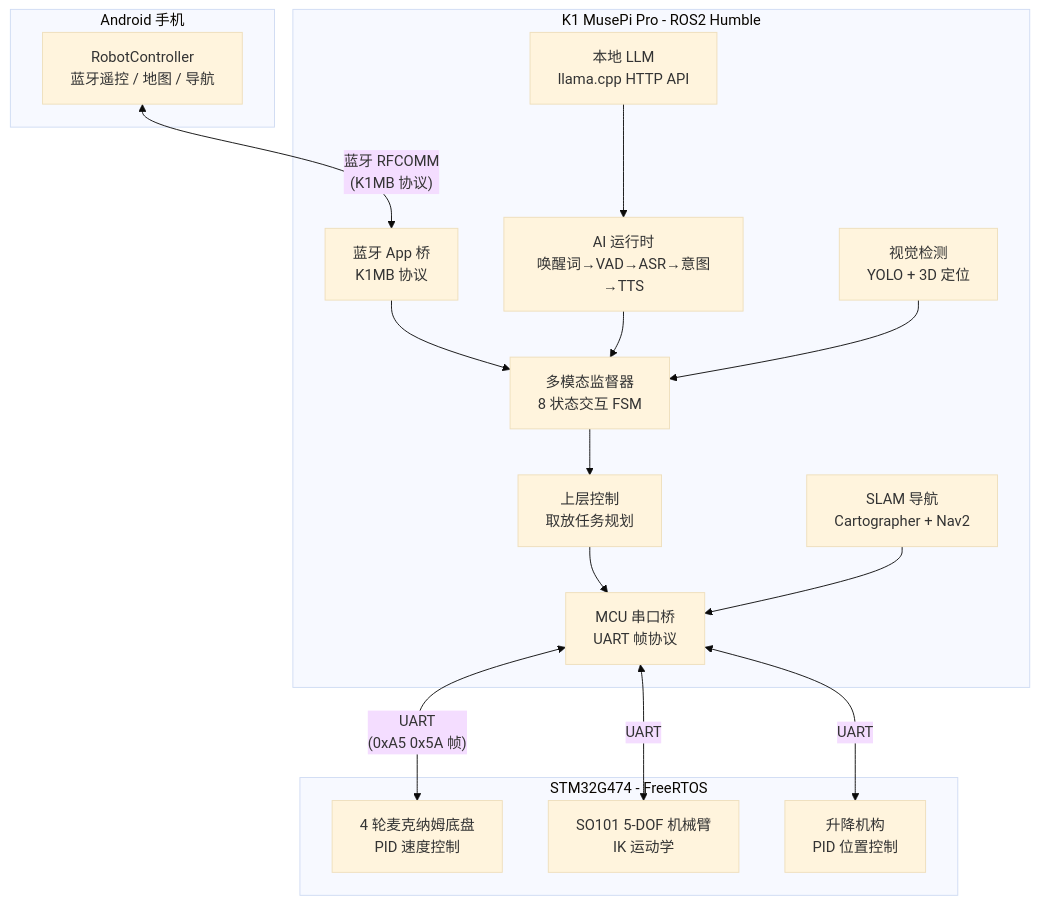
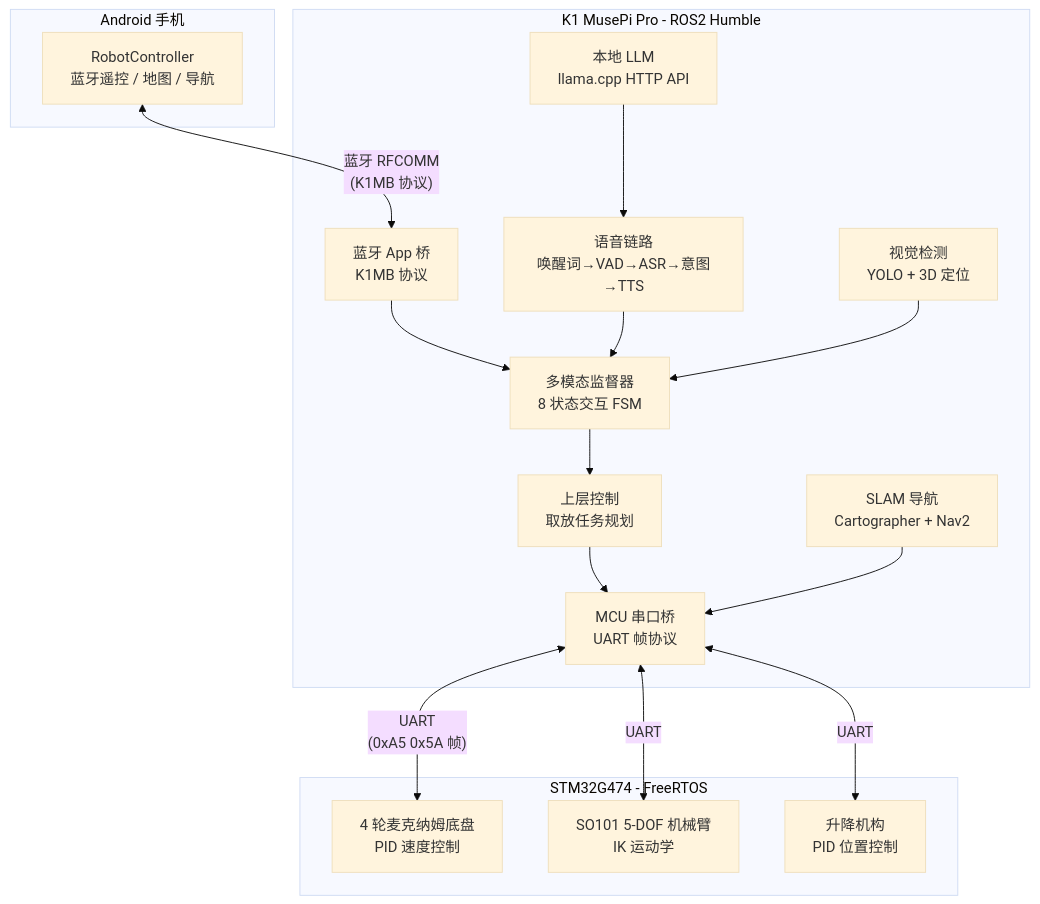
The diagram in README.md (111J1/K1MusePiPro_Robot), drawn with Mermaid (base theme) before and after one commit.

````diff
--- a/README.md
+++ b/README.md
@@ -35,35 +35,35 @@
 ```mermaid
 graph TB
     subgraph "Android 手机"
         APP[RobotController<br/>蓝牙遥控 / 地图 / 导航]
     end
 
     subgraph "K1 MusePi Pro - ROS2 Humble"
-        AI[AI 运行时<br/>唤醒词→VAD→ASR→意图→TTS]
+        AI[语音链路<br/>唤醒词→VAD→ASR→意图→TTS]
         VISION[视觉检测<br/>YOLO + 3D 定位]
         LLM[本地 LLM<br/>llama.cpp HTTP API]
         SUPERVISOR[多模态监督器<br/>8 状态交互 FSM]
         SLAM[SLAM 导航<br/>Cartographer + Nav2]
         BRIDGE_MCU[MCU 串口桥<br/>UART 帧协议]
         BRIDGE_BT[蓝牙 App 桥<br/>K1MB 协议]
         CONTROL[上层控制<br/>取放任务规划]
     end
 
     subgraph "STM32G474 - FreeRTOS"
         CHASSIS[4 轮麦克纳姆底盘<br/>PID 速度控制]
         ARM[SO101 5-DOF 机械臂<br/>IK 运动学]
         LIFT[升降机构<br/>PID 位置控制]
     end
 
     APP <--"蓝牙 RFCOMM<br/>(K1MB 协议)"--> BRIDGE_BT
     BRIDGE_BT --> SUPERVISOR
     AI --> SUPERVISOR
     VISION --> SUPERVISOR
     LLM --> AI
     SUPERVISOR --> CONTROL
     CONTROL --> BRIDGE_MCU
     SLAM --> BRIDGE_MCU
     BRIDGE_MCU <--"UART<br/>(0xA5 0x5A 帧)"--> CHASSIS
     BRIDGE_MCU <--"UART"--> ARM
     BRIDGE_MCU <--"UART"--> LIFT
 ```
````
